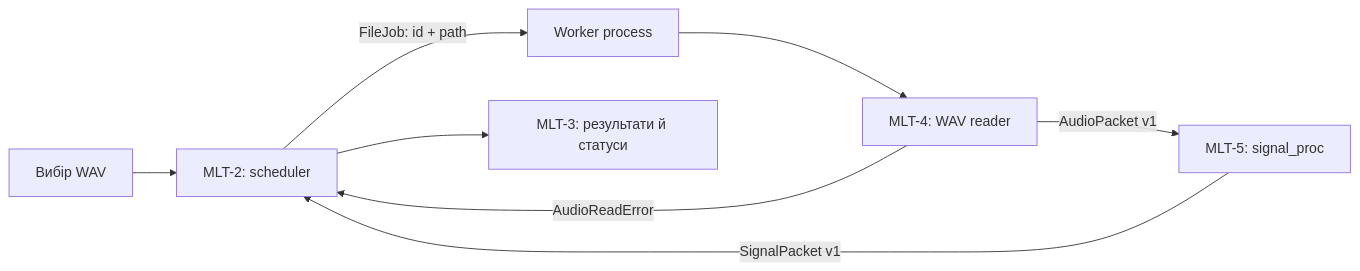
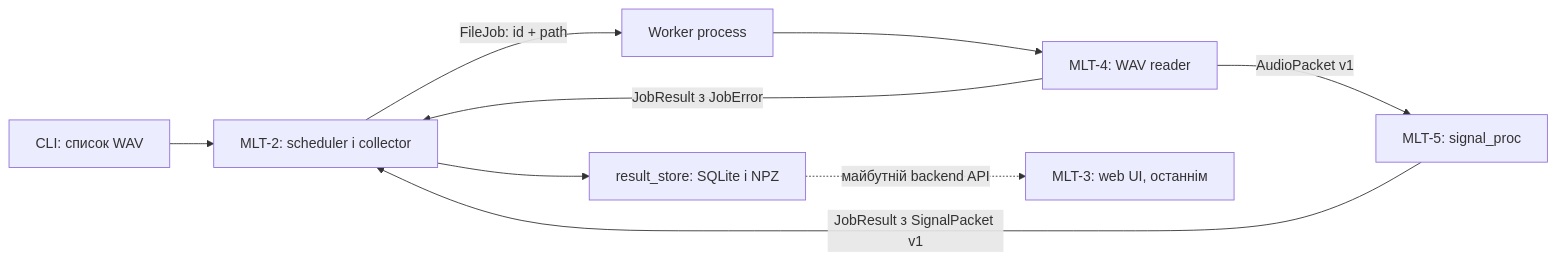
Before and after one commit to VladislavCalculus/Muliprosessing-Analisis: the diagram in architecture.md, drawn with Mermaid. The commit also changed other lines of this file and 9 other files, not shown here.

Commit message:
docs: record delivered MLT-2 SQLite pipeline and verified Jira completion

````diff
--- a/architecture.md
+++ b/architecture.md
@@ -22,10 +22,11 @@
 ```mermaid
 flowchart LR
-    UI[Вибір WAV] --> MLT2[MLT-2: scheduler]
+    UI[CLI: список WAV] --> MLT2[MLT-2: scheduler і collector]
     MLT2 -->|FileJob: id + path| W[Worker process]
     W --> MLT4[MLT-4: WAV reader]
     MLT4 -->|AudioPacket v1| MLT5[MLT-5: signal_proc]
-    MLT4 -->|AudioReadError| MLT2
-    MLT5 -->|SignalPacket v1| MLT2
-    MLT2 --> MLT3[MLT-3: результати й статуси]
+    MLT4 -->|JobResult з JobError| MLT2
+    MLT5 -->|JobResult з SignalPacket v1| MLT2
+    MLT2 --> DB[result_store: SQLite і NPZ]
+    DB -. майбутній backend API .-> MLT3[MLT-3: web UI, останнім]
 ```
````
